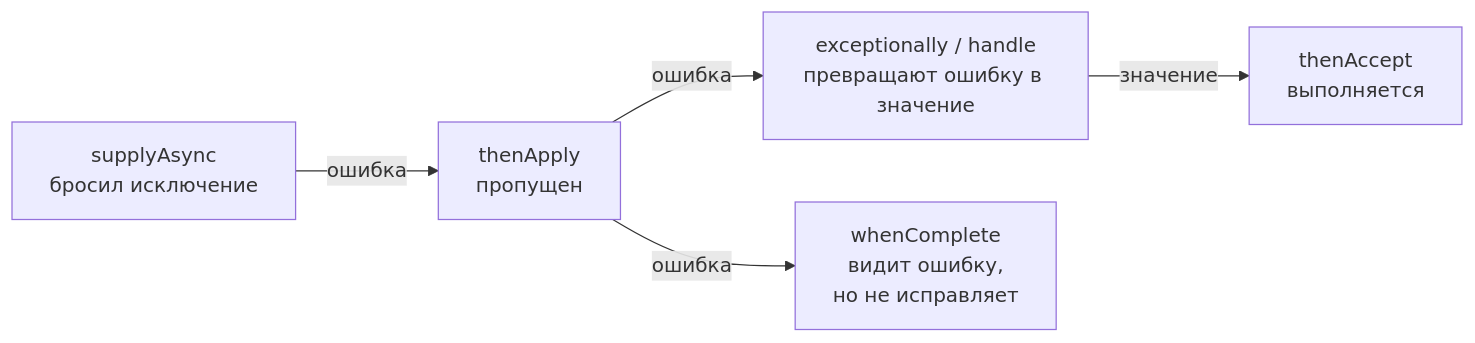
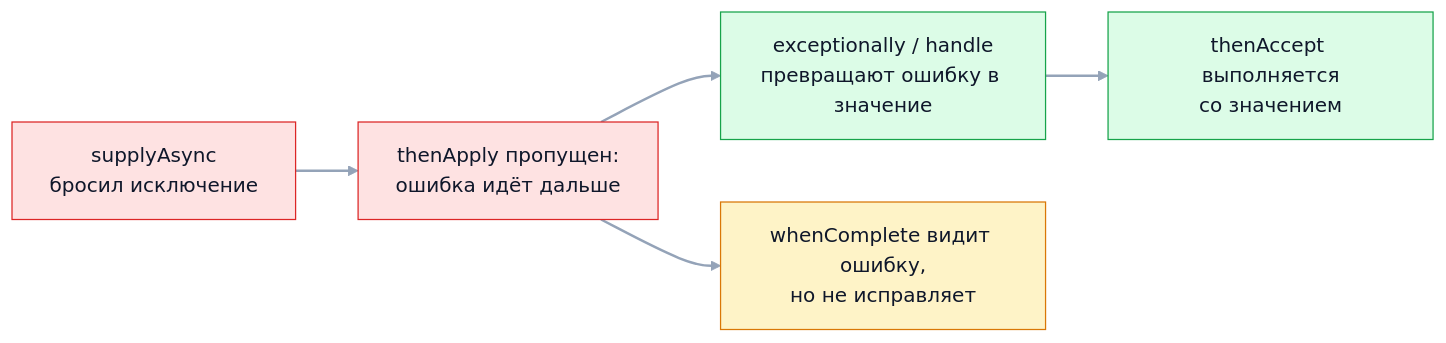
Before and after one commit to bogdan111305/java-senior-roadmap: the diagram in kb/04-exceptions/04-exceptions-in-concurrency.md, drawn with Mermaid. The commit also changed 31 other files, not shown here.

````diff
--- a/kb/04-exceptions/04-exceptions-in-concurrency.md
+++ b/kb/04-exceptions/04-exceptions-in-concurrency.md
@@ -115,7 +115,16 @@
 ```mermaid
 flowchart LR
-    A["supplyAsync<br/>бросил исключение"] -->|ошибка| B["thenApply<br/>пропущен"]
-    B -->|ошибка| C["exceptionally / handle<br/>превращают ошибку в значение"]
-    C -->|значение| D["thenAccept<br/>выполняется"]
-    B -->|ошибка| W["whenComplete<br/>видит ошибку,<br/>но не исправляет"]
+    A["supplyAsync<br/>бросил исключение"] --> B["thenApply пропущен:<br/>ошибка идёт дальше"]
+    B --> C["exceptionally / handle<br/>превращают ошибку в значение"]
+    C --> D["thenAccept выполняется<br/>со значением"]
+    B --> W["whenComplete видит ошибку,<br/>но не исправляет"]
+    classDef main fill:#dbeafe,stroke:#2563eb,color:#0f172a
+    classDef accent fill:#fef3c7,stroke:#d97706,color:#0f172a
+    classDef good fill:#dcfce7,stroke:#16a34a,color:#0f172a
+    classDef muted fill:#f1f5f9,stroke:#64748b,color:#0f172a
+    classDef bad fill:#fee2e2,stroke:#dc2626,color:#0f172a
+    class A,B bad
+    class C,D good
+    class W accent
+    linkStyle default stroke:#94a3b8,stroke-width:2px
 ```
````
